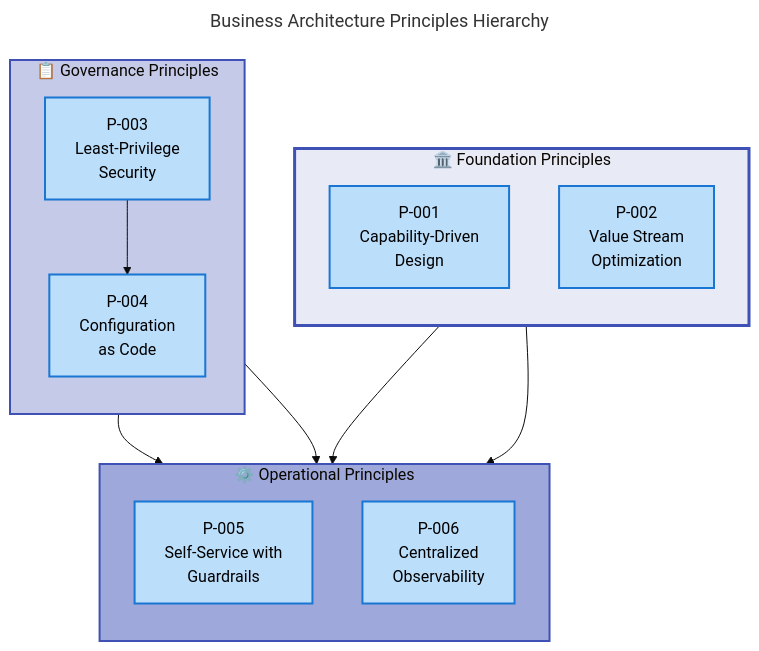
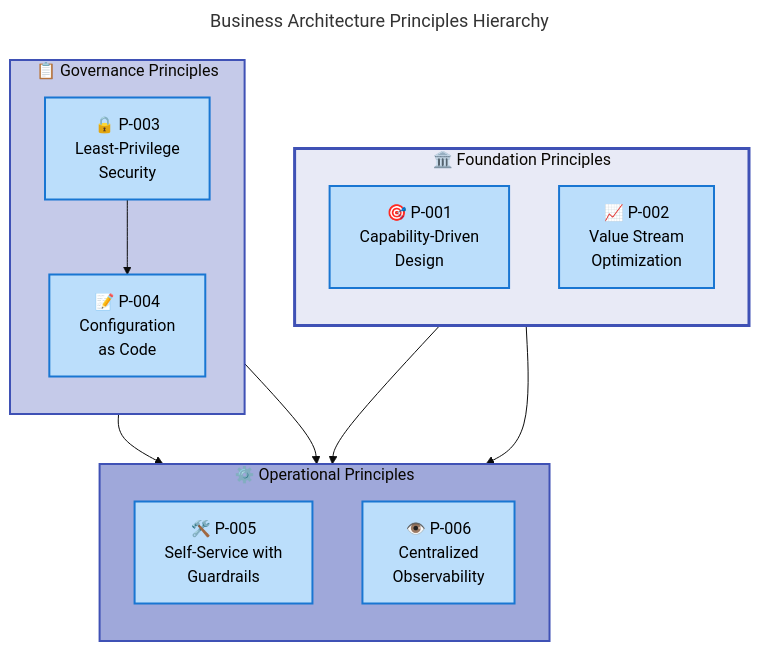
Before and after one commit to Evilazaro/DevExp-DevBox: the third of 5 diagrams in docs/Business-Architecture-BDAT.md, drawn with Mermaid. The commit also changed other lines of this file, not shown here.

Commit message:
Enhance Business Architecture Document with emoji icons for improved visual clarity in flowcharts and capabilities sections

````diff
--- a/docs/Business-Architecture-BDAT.md
+++ b/docs/Business-Architecture-BDAT.md
@@ -524,45 +524,45 @@
 ```mermaid
 ---
 title: Business Architecture Principles Hierarchy
 config:
   theme: base
   flowchart:
     htmlLabels: false
 ---
 flowchart TD
     accTitle: Principles Hierarchy showing relationships between architectural principles
     accDescr: Hierarchical structure of business architecture principles with dependencies
 
     %% Color scheme
     classDef level1 fill:#E8EAF6,stroke:#3F51B5,stroke-width:3px,color:#000
     classDef level2 fill:#C5CAE9,stroke:#3F51B5,stroke-width:2px,color:#000
     classDef principle fill:#BBDEFB,stroke:#1976D2,stroke-width:2px,color:#000
 
     subgraph foundation["🏛️ Foundation Principles"]
         direction TB
-        p1["P-001<br/>Capability-Driven<br/>Design"]:::principle
-        p2["P-002<br/>Value Stream<br/>Optimization"]:::principle
+        p1["🎯 P-001<br/>Capability-Driven<br/>Design"]:::principle
+        p2["📈 P-002<br/>Value Stream<br/>Optimization"]:::principle
     end
 
     subgraph governance["📋 Governance Principles"]
         direction TB
-        p3["P-003<br/>Least-Privilege<br/>Security"]:::principle
-        p4["P-004<br/>Configuration<br/>as Code"]:::principle
+        p3["🔒 P-003<br/>Least-Privilege<br/>Security"]:::principle
+        p4["📝 P-004<br/>Configuration<br/>as Code"]:::principle
     end
 
     subgraph operational["⚙️ Operational Principles"]
         direction TB
-        p5["P-005<br/>Self-Service with<br/>Guardrails"]:::principle
-        p6["P-006<br/>Centralized<br/>Observability"]:::principle
+        p5["🛠️ P-005<br/>Self-Service with<br/>Guardrails"]:::principle
+        p6["👁️ P-006<br/>Centralized<br/>Observability"]:::principle
     end
 
     p1 --> p5
     p2 --> p5
     p3 --> p4
     p4 --> p5
     p4 --> p6
 
     style foundation fill:#E8EAF6,stroke:#3F51B5,stroke-width:3px
     style governance fill:#C5CAE9,stroke:#3F51B5,stroke-width:2px
     style operational fill:#9FA8DA,stroke:#3F51B5,stroke-width:2px
 ```
````
